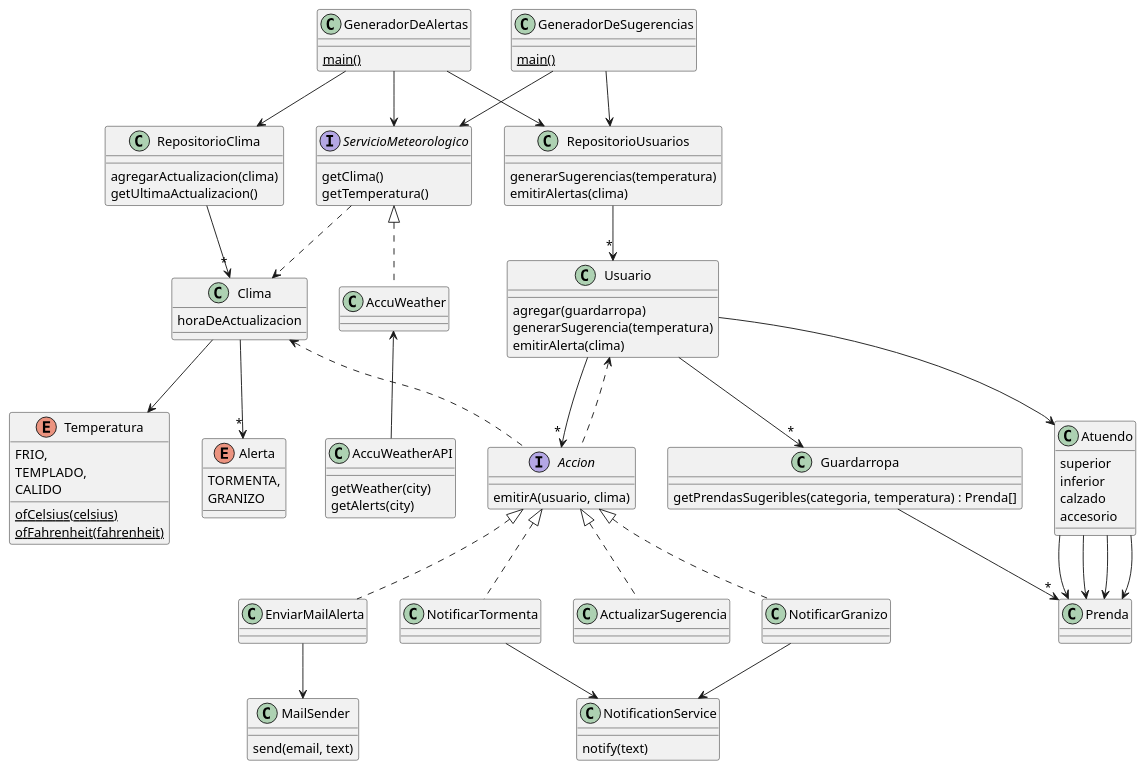
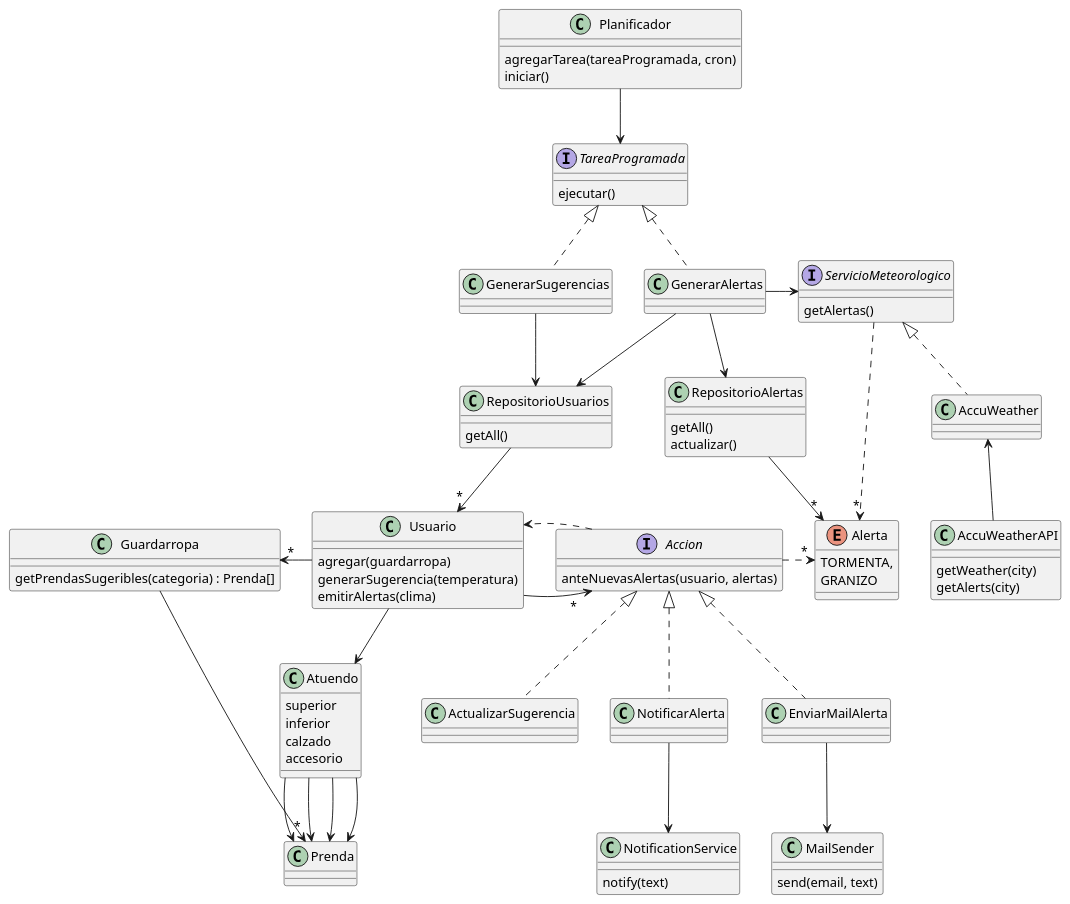
The diagram in docs/diagramas/iteracion-6.puml (RaniAgus/dds-2022), drawn with PlantUML before and after one commit. The commit also changed 1 other file, not shown here.

Commit message:
actualizo diagramas y solución de la iteración 6

```diff
--- a/docs/diagramas/iteracion-6.puml
+++ b/docs/diagramas/iteracion-6.puml
@@ -1,119 +1,105 @@
 @startuml iteracion-6
 
-class GeneradorDeSugerencias {
-    {static} main()
+class Planificador {
+    agregarTarea(tareaProgramada, cron)
+    iniciar()
 }
 
-GeneradorDeSugerencias --> RepositorioUsuarios
-GeneradorDeSugerencias --> ServicioMeteorologico
+Planificador --> TareaProgramada
 
-class GeneradorDeAlertas {
-    {static} main()
+interface TareaProgramada {
+    ejecutar()
 }
 
-GeneradorDeAlertas --> RepositorioUsuarios
-GeneradorDeAlertas --> RepositorioClima
-GeneradorDeAlertas --> ServicioMeteorologico
+TareaProgramada <|.. GenerarSugerencias
+TareaProgramada <|.. GenerarAlertas
+
+GenerarAlertas --> RepositorioAlertas
+GenerarAlertas --> RepositorioUsuarios
+GenerarAlertas -right-> ServicioMeteorologico
+
+GenerarSugerencias --> RepositorioUsuarios
 
 class RepositorioUsuarios {
-    generarSugerencias(temperatura)
-    emitirAlertas(clima)
+    getAll()
 }
 
 RepositorioUsuarios --> "*" Usuario
 
-class RepositorioClima {
-    agregarActualizacion(clima)
-    getUltimaActualizacion()
+class RepositorioAlertas {
+    getAll()
+    actualizar()
 }
 
-RepositorioClima --> "*" Clima
+RepositorioAlertas --> "*" Alerta
 
 interface ServicioMeteorologico {
-    getClima()
-    getTemperatura()
+    getAlertas()
 }
 
-ServicioMeteorologico ..> Clima
+ServicioMeteorologico ..> "*" Alerta
 ServicioMeteorologico <|.. AccuWeather
 
 AccuWeather <-- AccuWeatherAPI
 
 class AccuWeatherAPI {
     getWeather(city)
     getAlerts(city)
-}
-
-class Clima {
-    horaDeActualizacion
-}
-
-Clima --> Temperatura
-Clima --> "*" Alerta
-
-enum Temperatura {
-    FRIO,
-    TEMPLADO,
-    CALIDO
-    {static} ofCelsius(celsius)
-    {static} ofFahrenheit(fahrenheit)
 }
 
 enum Alerta {
     TORMENTA,
     GRANIZO
 }
 
 class Usuario {
     agregar(guardarropa)
     generarSugerencia(temperatura)
-    emitirAlerta(clima)
+    emitirAlertas(clima)
 }
 
-Usuario --> "*" Guardarropa
+Usuario -left-> "*" Guardarropa
 Usuario --> Atuendo
 Usuario --> "*" Accion
 
 class Guardarropa {
-  getPrendasSugeribles(categoria, temperatura) : Prenda[]
+  getPrendasSugeribles(categoria) : Prenda[]
 }
 
 Guardarropa --> "*" Prenda
 
 class Atuendo {
    superior
    inferior
    calzado
    accesorio
 }
 
 Atuendo --> Prenda
 Atuendo --> Prenda
 Atuendo --> Prenda
 Atuendo --> Prenda
 
 interface Accion {
-  emitirA(usuario, clima)
+  anteNuevasAlertas(usuario, alertas)
 }
 
-Accion .up.> Usuario
-Accion .up.> Clima
+Accion .right.> Usuario
+Accion .right.> "*" Alerta
 
 Accion <|.. ActualizarSugerencia
-Accion <|.. NotificarTormenta
-Accion <|.. NotificarGranizo
+Accion <|.. NotificarAlerta
 Accion <|.. EnviarMailAlerta
 
-NotificarGranizo --> NotificationService
-NotificarTormenta --> NotificationService
+NotificarAlerta --> NotificationService
 EnviarMailAlerta --> MailSender
 
 class MailSender {
     send(email, text)
 }
 
 class NotificationService {
     notify(text)
 }
 
 @enduml
```
